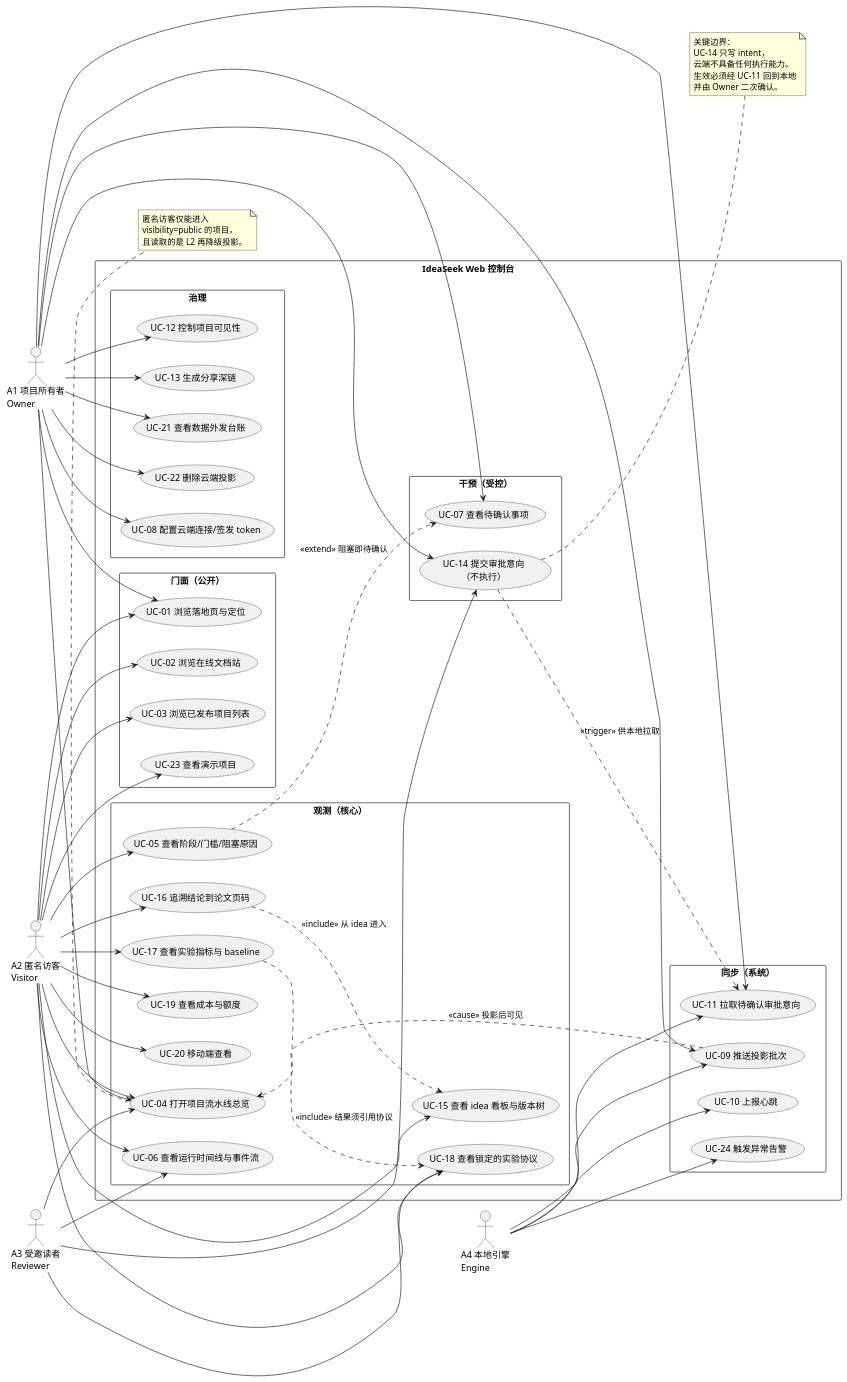
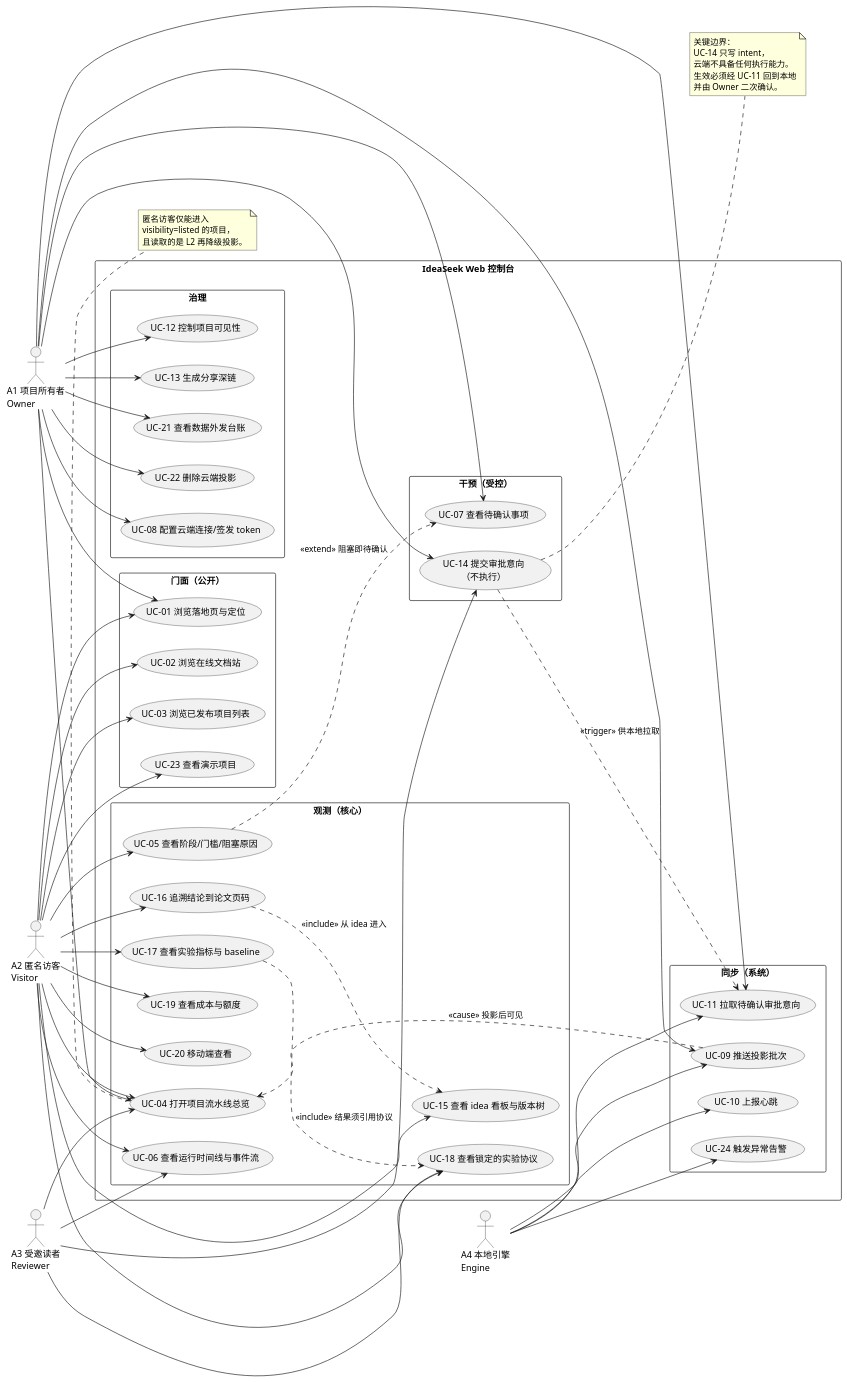
Before and after one commit to tangfire/ideaseek: the first of 6 diagrams in docs/web-console/DIAGRAMS.md, drawn with PlantUML. The commit also changed other lines of this file and 5 other files, not shown here.

```diff
--- a/docs/web-console/DIAGRAMS.md
+++ b/docs/web-console/DIAGRAMS.md
@@ -112,7 +112,7 @@
 
 note bottom of UC04
   匿名访客仅能进入
-  visibility=public 的项目，
+  visibility=listed 的项目，
   且读取的是 L2 再降级投影。
 end note
 @enduml
```
